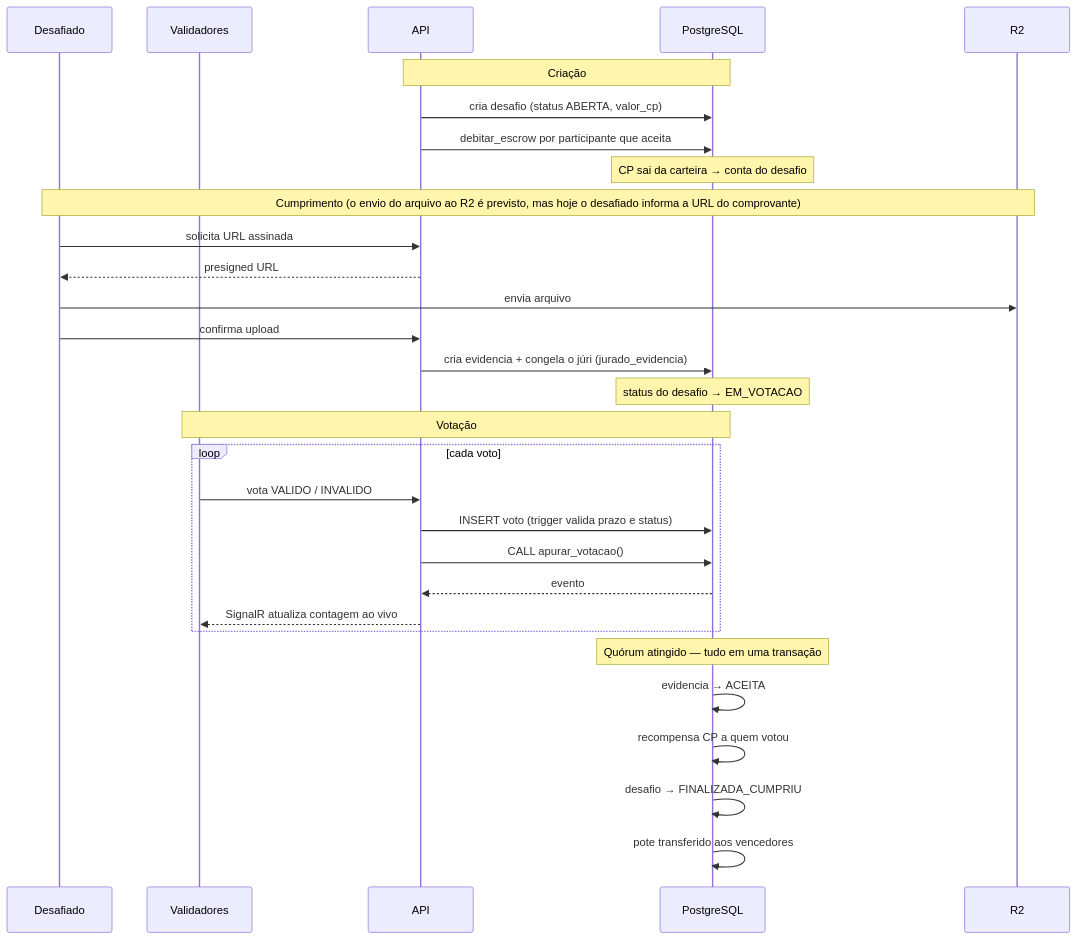
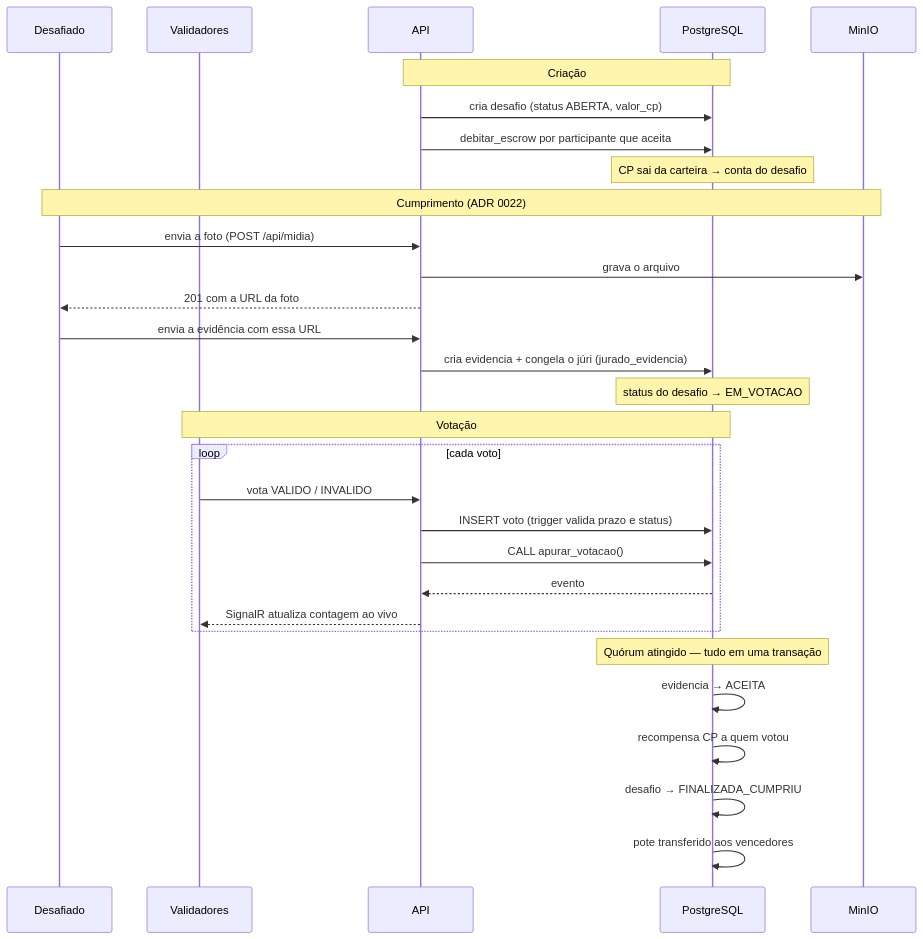
Before and after one commit to SecreTavin/A3-banco-de-dados: the second of 2 diagrams in docs/02-arquitetura/13-visao-geral.md, drawn with Mermaid. The commit also changed other lines of this file and 29 other files, not shown here.

First line of the commit message:
feat: foto da prova enviada pelo aparelho e guardada no MinIO (ADR 0022)

````diff
--- a/docs/02-arquitetura/13-visao-geral.md
+++ b/docs/02-arquitetura/13-visao-geral.md
@@ -87,36 +87,36 @@
 ```mermaid
 sequenceDiagram
     participant D as Desafiado
     participant V as Validadores
     participant API
     participant PG as PostgreSQL
-    participant R2
+    participant R2 as MinIO
 
     Note over API,PG: Criação
     API->>PG: cria desafio (status ABERTA, valor_cp)
     API->>PG: debitar_escrow por participante que aceita
     Note over PG: CP sai da carteira → conta do desafio
 
-    Note over D,R2: Cumprimento (o envio do arquivo ao R2 é previsto, mas hoje o desafiado informa a URL do comprovante)
-    D->>API: solicita URL assinada
-    API-->>D: presigned URL
-    D->>R2: envia arquivo
-    D->>API: confirma upload
+    Note over D,R2: Cumprimento (ADR 0022)
+    D->>API: envia a foto (POST /api/midia)
+    API->>R2: grava o arquivo
+    API-->>D: 201 com a URL da foto
+    D->>API: envia a evidência com essa URL
     API->>PG: cria evidencia + congela o júri (jurado_evidencia)
     Note over PG: status do desafio → EM_VOTACAO
 
     Note over V,PG: Votação
     loop cada voto
         V->>API: vota VALIDO / INVALIDO
         API->>PG: INSERT voto (trigger valida prazo e status)
         API->>PG: CALL apurar_votacao()
         PG-->>API: evento
         API-->>V: SignalR atualiza contagem ao vivo
     end
 
     Note over PG: Quórum atingido — tudo em uma transação
     PG->>PG: evidencia → ACEITA
     PG->>PG: recompensa CP a quem votou
     PG->>PG: desafio → FINALIZADA_CUMPRIU
     PG->>PG: pote transferido aos vencedores
 ```
````
